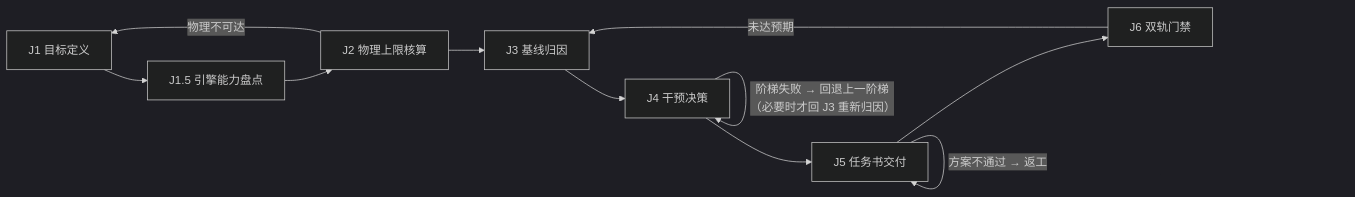
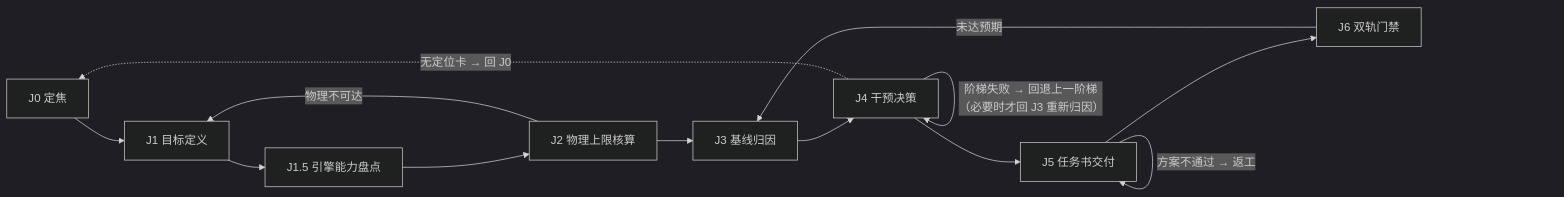
Before and after one commit to SummerTea/ascend-infer-pilot: the first of 2 diagrams in docs/01-pipeline-and-ledger.md, drawn with Mermaid (dark theme). The commit also changed other lines of this file and 9 other files, not shown here.

````diff
--- a/docs/01-pipeline-and-ledger.md
+++ b/docs/01-pipeline-and-ledger.md
@@ -25,8 +26,9 @@
 ```mermaid
 flowchart LR
-    J1["J1 目标定义"] --> J15["J1.5 引擎能力盘点"] --> J2["J2 物理上限核算"] --> J3["J3 基线归因"] --> J4["J4 干预决策"] --> J5["J5 任务书交付"] --> J6["J6 双轨门禁"]
+    J0["J0 定焦"] --> J1["J1 目标定义"] --> J15["J1.5 引擎能力盘点"] --> J2["J2 物理上限核算"] --> J3["J3 基线归因"] --> J4["J4 干预决策"] --> J5["J5 任务书交付"] --> J6["J6 双轨门禁"]
+    J4 -. "无定位卡 → 回 J0" .-> J0
     J2 -- "物理不可达" --> J1
     J6 -- "未达预期" --> J3
     J4 -- "阶梯失败 → 回退上一阶梯（必要时才回 J3 重新归因）" --> J4
     J5 -- "方案不通过 → 返工" --> J5
 ```
````
